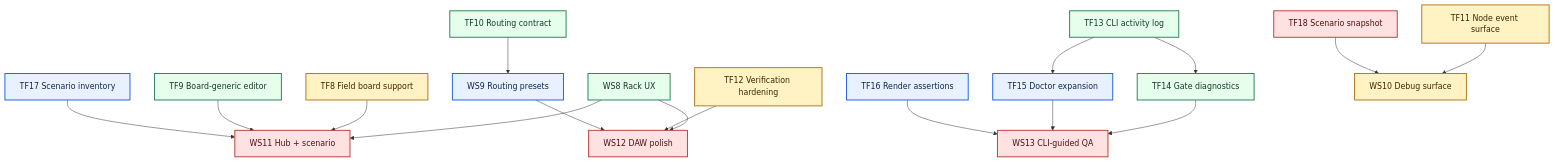
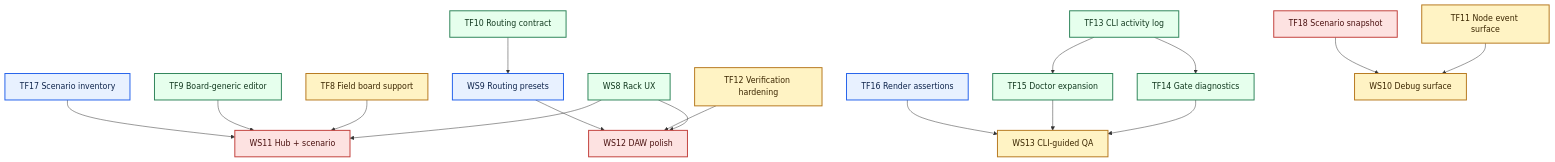
The second of 2 diagrams in DaisyHost/WORKSTREAM_TRACKER.md (Denys/DaisyExamples), drawn with Mermaid before and after one commit. The commit also changed other lines of this file and 30 other files, not shown here.

````diff
--- a/DaisyHost/WORKSTREAM_TRACKER.md
+++ b/DaisyHost/WORKSTREAM_TRACKER.md
@@ -182,41 +191,42 @@
 ```mermaid
 flowchart TD
   tf8["TF8 Field board support"]
   tf9["TF9 Board-generic editor"]
   tf10["TF10 Routing contract"]
   tf11["TF11 Node event surface"]
   tf12["TF12 Verification hardening"]
   tf13["TF13 CLI activity log"]
   tf14["TF14 Gate diagnostics"]
   tf15["TF15 Doctor expansion"]
   tf16["TF16 Render assertions"]
   tf17["TF17 Scenario inventory"]
   tf18["TF18 Scenario snapshot"]
   ws8["WS8 Rack UX"]
 
   tf13 --> tf14
   tf13 --> tf15
   tf14 --> ws13["WS13 CLI-guided QA"]
   tf15 --> ws13
   tf16 --> ws13
   tf10 --> ws9["WS9 Routing presets"]
   tf11 --> ws10["WS10 Debug surface"]
   tf18 --> ws10
   ws8 --> ws11["WS11 Hub + scenario"]
   tf8 --> ws11
   tf9 --> ws11
   tf17 --> ws11
   ws8 --> ws12["WS12 DAW polish"]
   tf12 --> ws12
   ws9 --> ws12
 
   classDef done fill:#e6ffed,stroke:#2f855a,color:#12391f,stroke-width:2px
   classDef partial fill:#fff3c4,stroke:#b7791f,color:#3b2600,stroke-width:2px
   classDef ready fill:#e8f1ff,stroke:#2563eb,color:#10264d,stroke-width:2px
   classDef blocked fill:#fde2e1,stroke:#c2413d,color:#4a1110,stroke-width:2px
 
-  class ws8,tf9,tf10,tf13,tf14 done
+  class ws8,tf9,tf10,tf13,tf14,tf15 done
   class tf8,tf11,tf12,ws10 partial
-  class ws9,tf15,tf16,tf17 ready
-  class ws11,ws12,ws13,tf18 blocked
+  class ws9,tf16,tf17 ready
+  class ws11,ws12,tf18 blocked
+  class ws13 partial
 ```
````
